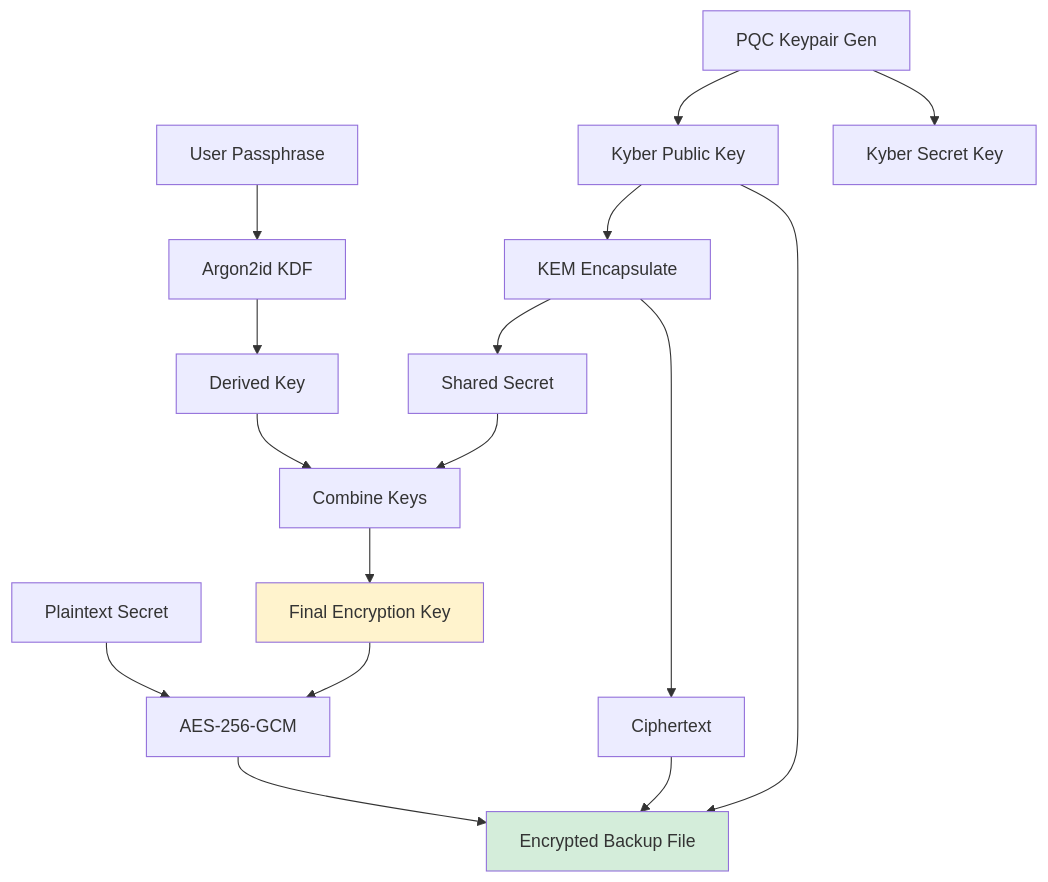
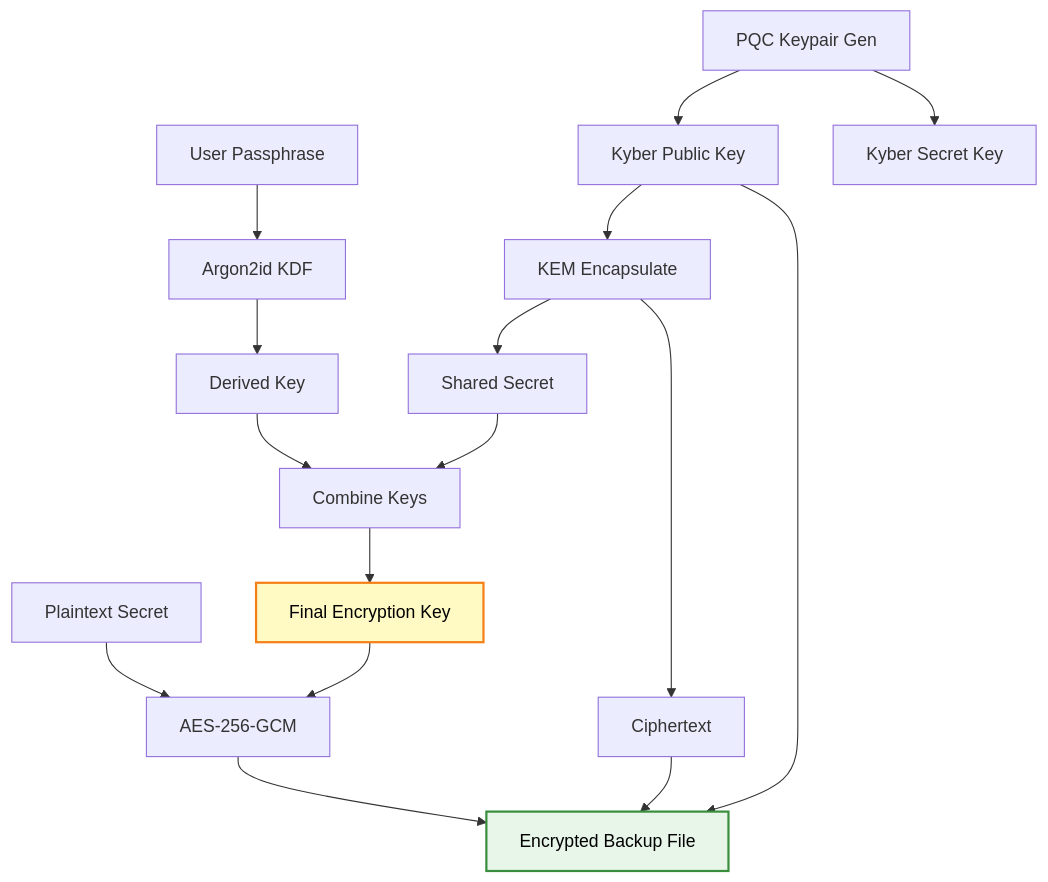
Diagram 11 of 13 in README.md (Johnsonajibi/PostQuantum-DualUSB-Token-Library), drawn with Mermaid before and after one commit. The commit also changed other lines of this file, not shown here.

First line of the commit message:
docs: Improve color contrast in all Mermaid diagrams

````diff
--- a/README.md
+++ b/README.md
@@ -591,26 +591,26 @@
 ```mermaid
 graph TD
     A[User Passphrase] --> D[Argon2id KDF]
     D --> E[Derived Key]
     
     F[PQC Keypair Gen] --> G[Kyber Public Key]
     F --> H[Kyber Secret Key]
     
     G --> I[KEM Encapsulate]
     I --> J[Shared Secret]
     I --> K[Ciphertext]
     
     E --> L[Combine Keys]
     J --> L
     L --> M[Final Encryption Key]
     
     N[Plaintext Secret] --> O[AES-256-GCM]
     M --> O
     O --> P[Encrypted Backup File]
     
     K --> P
     G --> P
     
-    style P fill:#d4edda
-    style M fill:#fff3cd
+    style P fill:#e8f5e9,stroke:#388e3c,stroke-width:2px,color:#000
+    style M fill:#fff9c4,stroke:#f57f17,stroke-width:2px,color:#000
 ```
````
